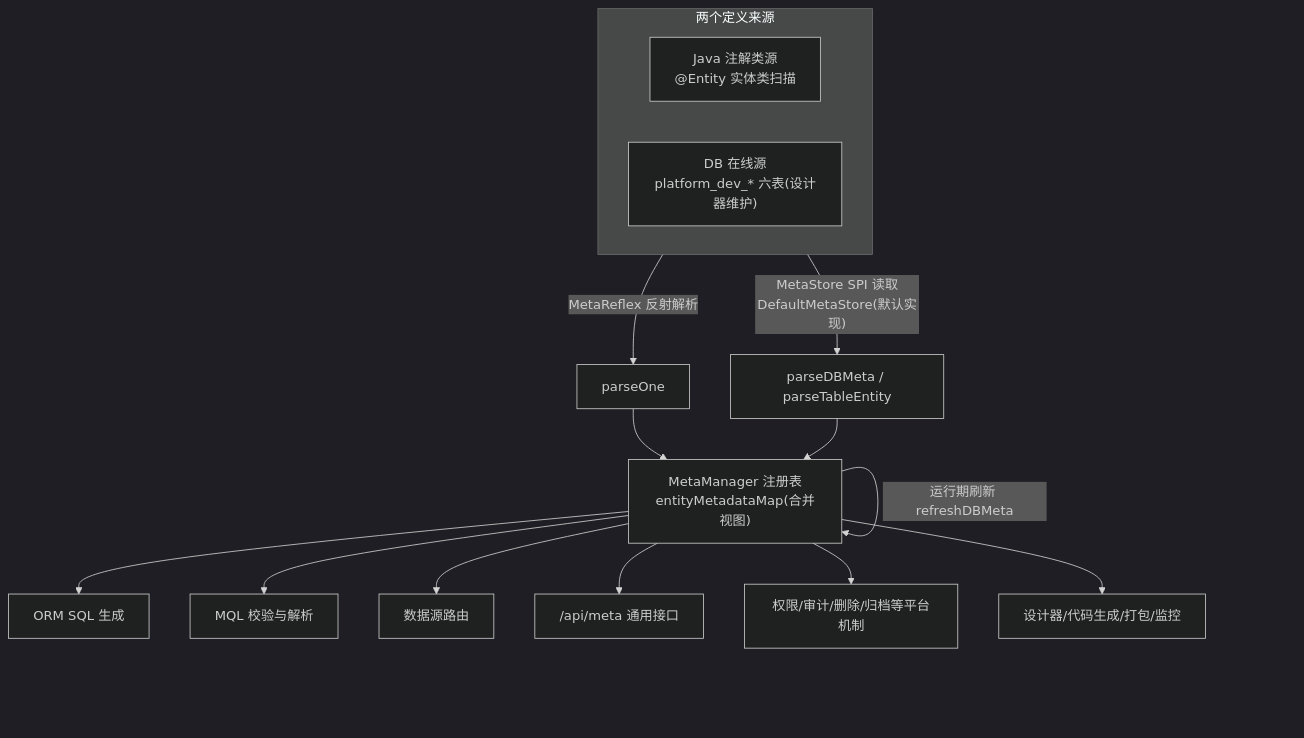
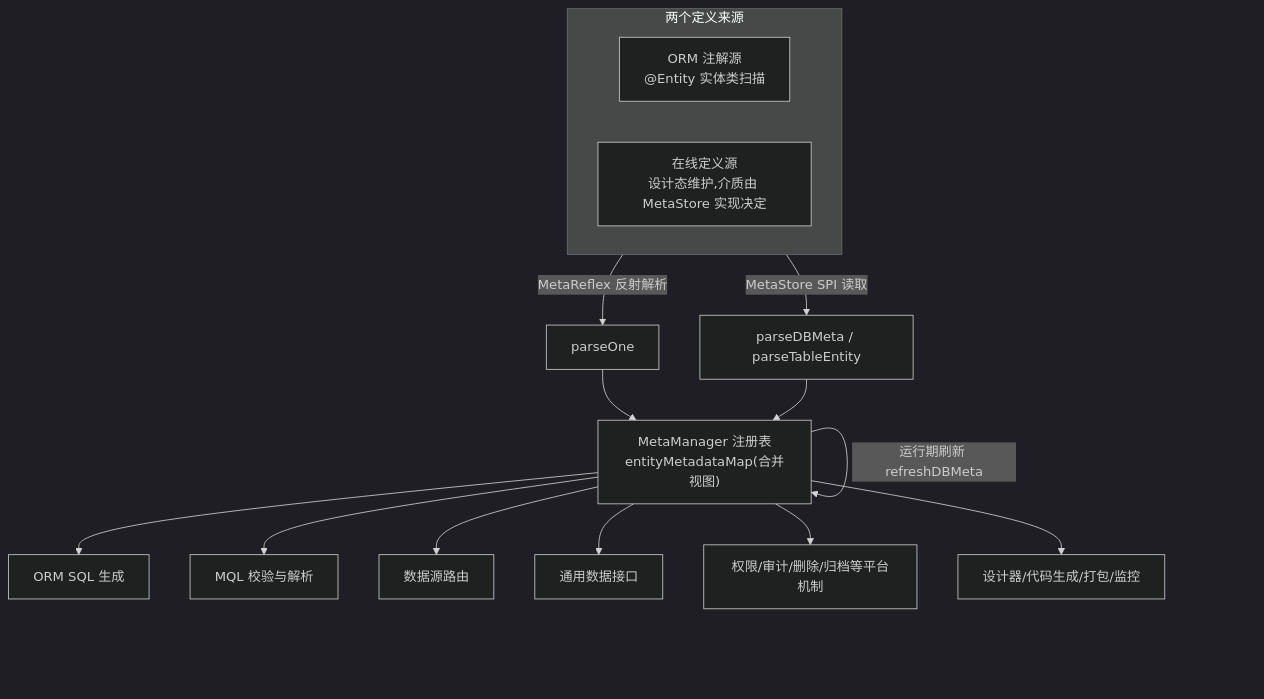
One commit to geelato-projects/geelato-community-backend changed the diagram in website/official-docs/zh-cn/metadata/overview.md. Above: the diagram before and after it, drawn with Mermaid (dark theme). The commit also changed other lines of this file and 42 other files, not shown here.

````diff
--- a/website/official-docs/zh-cn/metadata/overview.md
+++ b/website/official-docs/zh-cn/metadata/overview.md
@@ -40,19 +42,19 @@
 ```mermaid
 flowchart TB
     subgraph sources["两个定义来源"]
         direction LR
-        A["Java 注解类源<br/>@Entity 实体类扫描"]
-        B["DB 在线源<br/>platform_dev_* 六表(设计器维护)"]
+        A["ORM 注解源<br/>@Entity 实体类扫描"]
+        B["在线定义源<br/>设计态维护,介质由 MetaStore 实现决定"]
     end
     A -->|"MetaReflex 反射解析"| R["parseOne"]
-    B -->|"MetaStore SPI 读取<br/>DefaultMetaStore(默认实现)"| R2["parseDBMeta / parseTableEntity"]
+    B -->|"MetaStore SPI 读取"| R2["parseDBMeta / parseTableEntity"]
     R --> M["MetaManager 注册表<br/>entityMetadataMap(合并视图)"]
     R2 --> M
     M -->|"运行期刷新 refreshDBMeta"| M
     M --> C1["ORM SQL 生成"]
     M --> C2["MQL 校验与解析"]
     M --> C3["数据源路由"]
-    M --> C4["/api/meta 通用接口"]
+    M --> C4["通用数据接口"]
     M --> C5["权限/审计/删除/归档等平台机制"]
     M --> C6["设计器/代码生成/打包/监控"]
 ```
````
